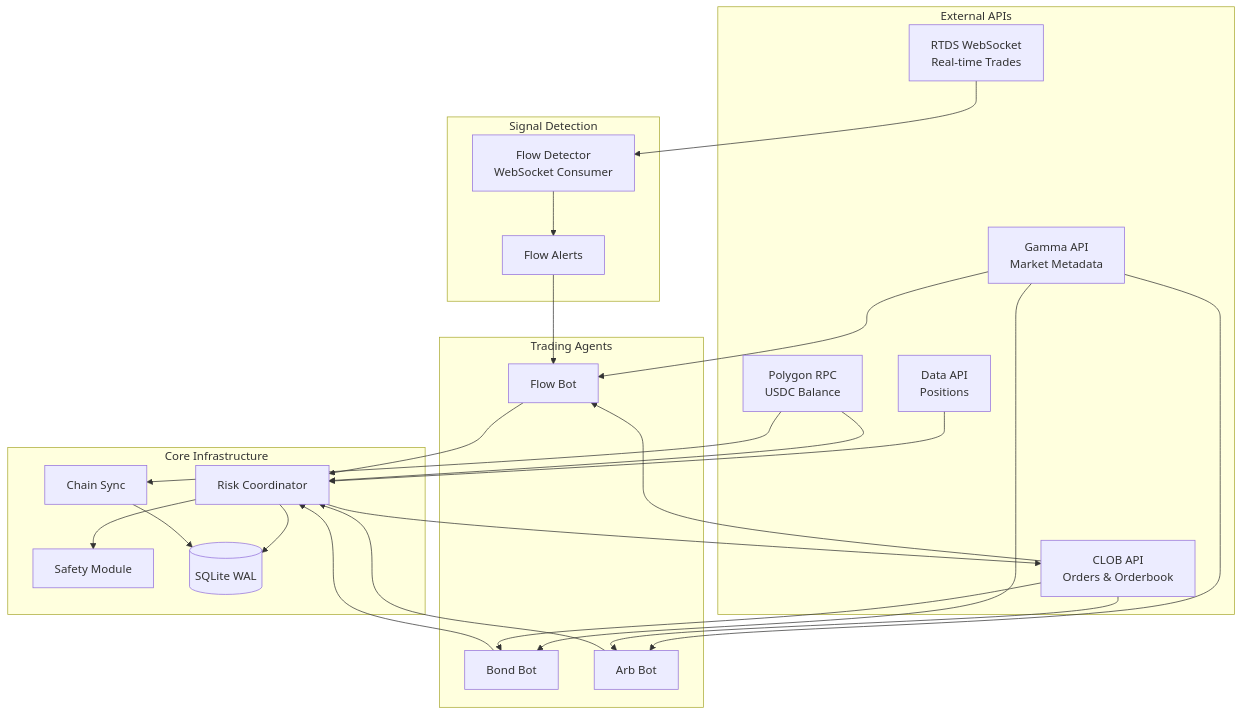
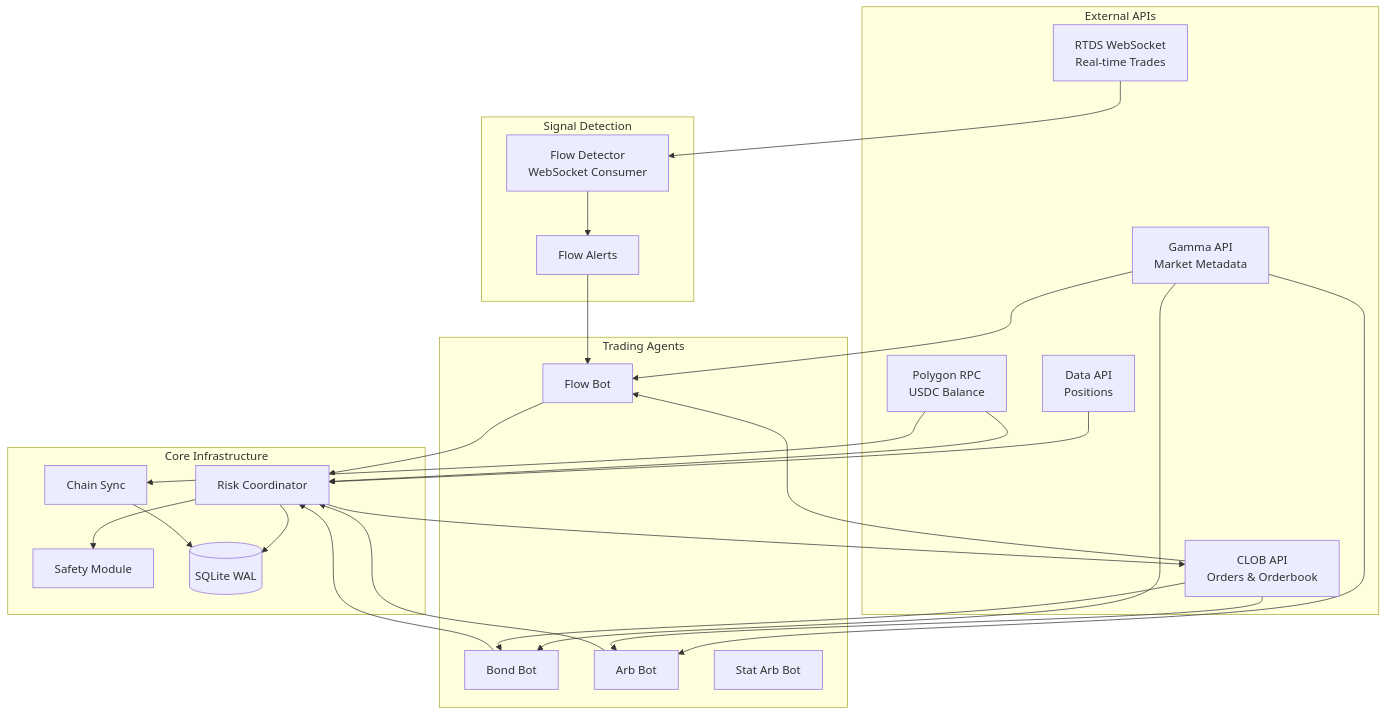
Before and after one commit to RishabSBanthiya/prediction-market-analytics: the first of 6 diagrams in CLAUDE.md, drawn with Mermaid. The commit also changed other lines of this file and 45 other files, not shown here.

First line of the commit message:
Add VPS deployment infrastructure and stat arb strategy

````diff
--- a/CLAUDE.md
+++ b/CLAUDE.md
@@ -17,38 +17,39 @@
 ```mermaid
 flowchart TB
     subgraph External[External APIs]
         RTDS[RTDS WebSocket<br/>Real-time Trades]
         GAMMA[Gamma API<br/>Market Metadata]
         CLOB[CLOB API<br/>Orders & Orderbook]
         DATA[Data API<br/>Positions]
         POLY[Polygon RPC<br/>USDC Balance]
     end
 
     subgraph Detection[Signal Detection]
         FLOW_DET[Flow Detector<br/>WebSocket Consumer]
         ALERTS[Flow Alerts]
     end
 
     subgraph Agents[Trading Agents]
         BOND[Bond Bot]
         FLOW[Flow Bot]
         ARB[Arb Bot]
+        STAT[Stat Arb Bot]
     end
 
     subgraph Core[Core Infrastructure]
         RISK[Risk Coordinator]
         SAFETY[Safety Module]
         STORE[(SQLite WAL)]
         SYNC[Chain Sync]
     end
 
     RTDS --> FLOW_DET --> ALERTS --> FLOW
     GAMMA --> BOND & FLOW & ARB
     CLOB --> BOND & FLOW & ARB
     DATA --> RISK
     POLY --> RISK & SYNC
     BOND & FLOW & ARB --> RISK
     RISK --> SAFETY & STORE
     SYNC --> STORE
     RISK --> CLOB
 ```
````
